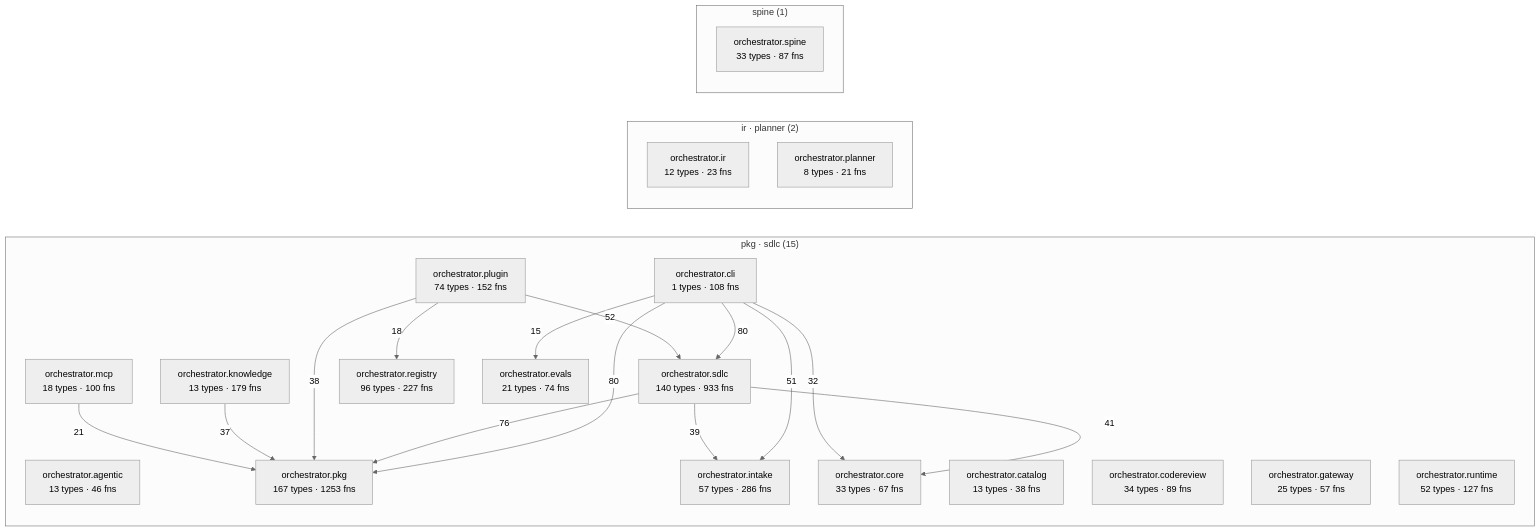
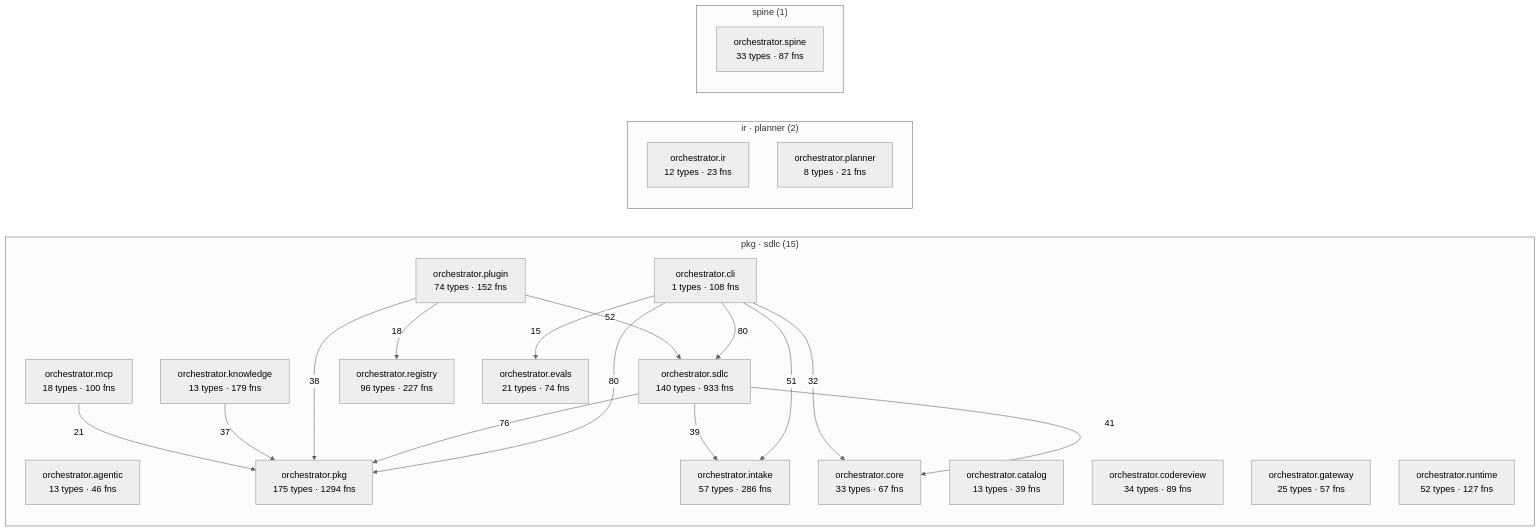
The diagram in episteme/architecture.md (synaptixs/spine), drawn with Mermaid (neutral theme) before and after one commit. The commit also changed other lines of this file and 39 other files, not shown here.

````diff
--- a/episteme/architecture.md
+++ b/episteme/architecture.md
@@ -55,40 +55,40 @@
 ```mermaid
 flowchart LR
   subgraph c_2["pkg · sdlc (15)"]
     aorchestratoragentic["orchestrator.agentic<br/>13 types · 46 fns"]
-    aorchestratorcatalog["orchestrator.catalog<br/>13 types · 38 fns"]
+    aorchestratorcatalog["orchestrator.catalog<br/>13 types · 39 fns"]
     aorchestratorcli["orchestrator.cli<br/>1 types · 108 fns"]
     aorchestratorcodereview["orchestrator.codereview<br/>34 types · 89 fns"]
     aorchestratorcore["orchestrator.core<br/>33 types · 67 fns"]
     aorchestratorevals["orchestrator.evals<br/>21 types · 74 fns"]
     aorchestratorgateway["orchestrator.gateway<br/>25 types · 57 fns"]
     aorchestratorintake["orchestrator.intake<br/>57 types · 286 fns"]
     aorchestratorknowledge["orchestrator.knowledge<br/>13 types · 179 fns"]
     aorchestratormcp["orchestrator.mcp<br/>18 types · 100 fns"]
-    aorchestratorpkg["orchestrator.pkg<br/>167 types · 1253 fns"]
+    aorchestratorpkg["orchestrator.pkg<br/>175 types · 1294 fns"]
     aorchestratorplugin["orchestrator.plugin<br/>74 types · 152 fns"]
     aorchestratorregistry["orchestrator.registry<br/>96 types · 227 fns"]
     aorchestratorruntime["orchestrator.runtime<br/>52 types · 127 fns"]
     aorchestratorsdlc["orchestrator.sdlc<br/>140 types · 933 fns"]
   end
   subgraph c_5["ir · planner (2)"]
     aorchestratorir["orchestrator.ir<br/>12 types · 23 fns"]
     aorchestratorplanner["orchestrator.planner<br/>8 types · 21 fns"]
   end
   subgraph c_10["spine (1)"]
     aorchestratorspine["orchestrator.spine<br/>33 types · 87 fns"]
   end
   aorchestratorcli -->|80| aorchestratorpkg
   aorchestratorcli -->|80| aorchestratorsdlc
   aorchestratorsdlc -->|76| aorchestratorpkg
   aorchestratorplugin -->|52| aorchestratorsdlc
   aorchestratorcli -->|51| aorchestratorintake
   aorchestratorsdlc -->|41| aorchestratorcore
   aorchestratorsdlc -->|39| aorchestratorintake
   aorchestratorplugin -->|38| aorchestratorpkg
   aorchestratorknowledge -->|37| aorchestratorpkg
   aorchestratorcli -->|32| aorchestratorcore
   aorchestratormcp -->|21| aorchestratorpkg
   aorchestratorplugin -->|18| aorchestratorregistry
   aorchestratorcli -->|15| aorchestratorevals
 ```
````
